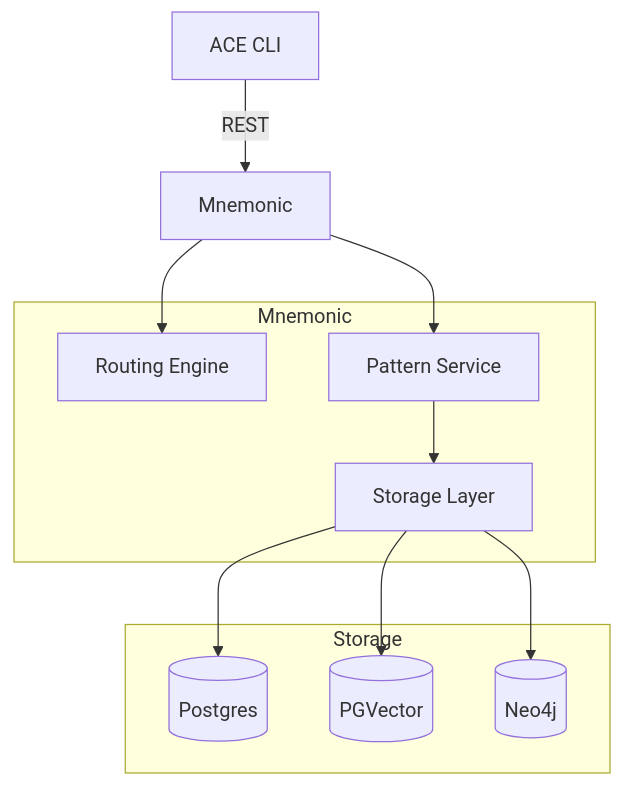
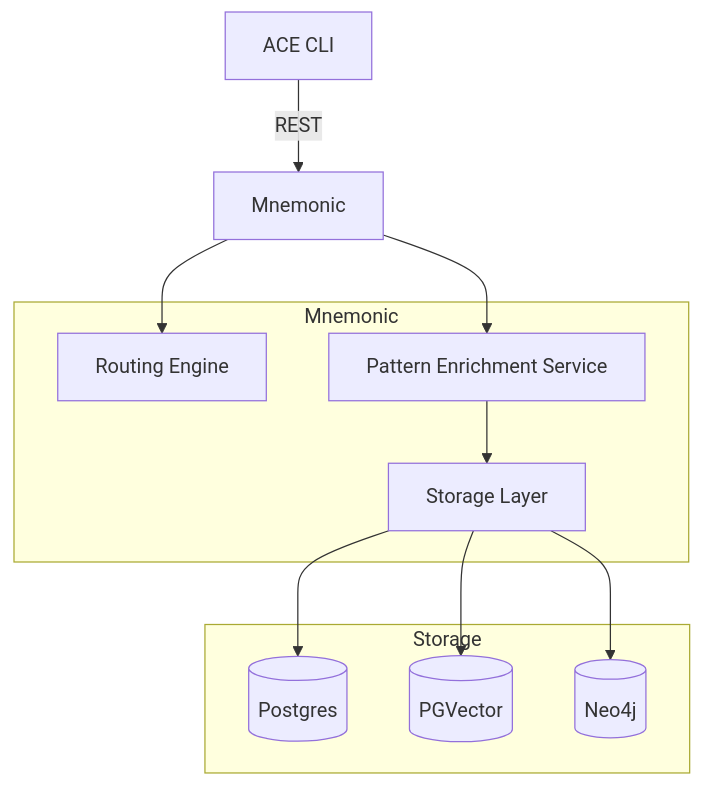
Before and after one commit to twistingmercury/mnemonic-mcp: the third of 5 diagrams in docs/architecture/02-architectural-decisions.md, drawn with Mermaid. The commit also changed other lines of this file and 14 other files, not shown here.

````diff
--- a/docs/architecture/02-architectural-decisions.md
+++ b/docs/architecture/02-architectural-decisions.md
@@ -186,23 +186,23 @@
 ```mermaid
 graph TB
     CLI[ACE CLI] -->|"REST"| MN[Mnemonic]
 
     subgraph "Mnemonic"
         ROUTE[Routing Engine]
-        PATTERN[Pattern Service]
+        PATTERN[Pattern Enrichment Service]
         STORAGE[Storage Layer]
     end
 
     subgraph "Storage"
         PG[(Postgres)]
         PGV[(PGVector)]
         NEO[(Neo4j)]
     end
 
     MN --> ROUTE
     MN --> PATTERN
     PATTERN --> STORAGE
     STORAGE --> PG
     STORAGE --> PGV
     STORAGE --> NEO
 ```
````
